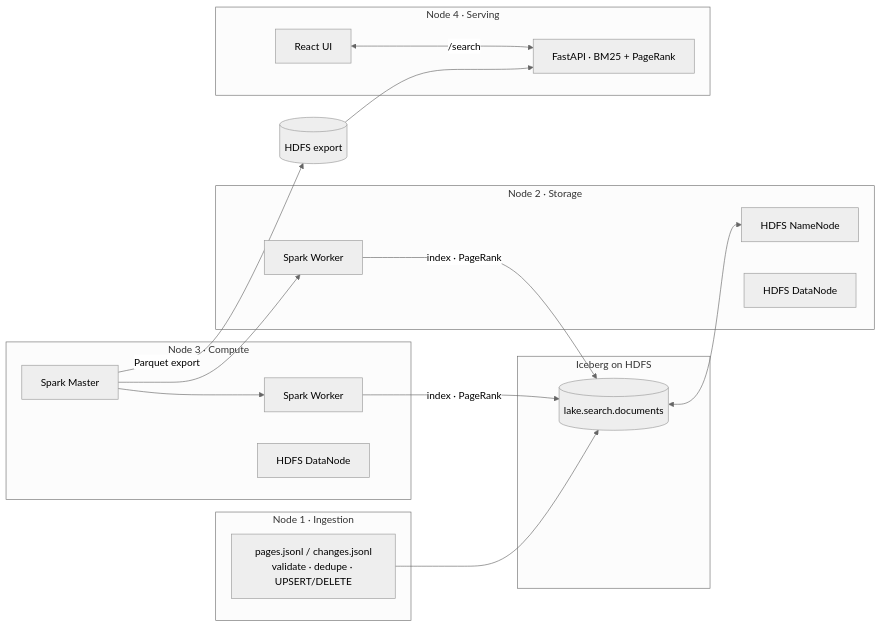
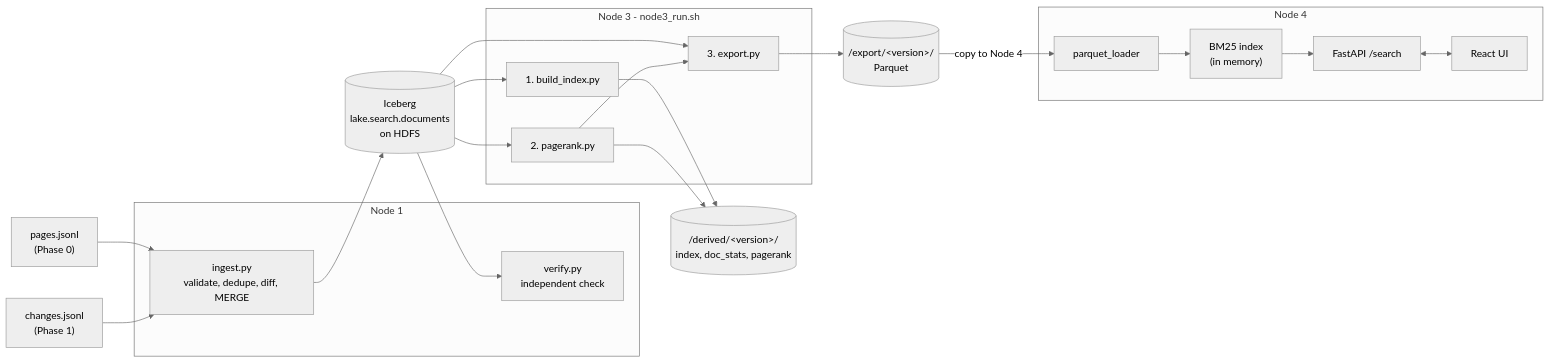
The diagram in README.md (krista9669/distributed-search-engine), drawn with Mermaid (neutral theme) before and after one commit. The commit also changed other lines of this file, not shown here.

````diff
--- a/README.md
+++ b/README.md
@@ -110,31 +91,29 @@
 ```mermaid
 flowchart LR
-    subgraph N1["Node 1 · Ingestion"]
-        IN["pages.jsonl / changes.jsonl<br/>validate · dedupe · UPSERT/DELETE"]
+    P0["pages.jsonl<br/>(Phase 0)"] --> ING
+    P1["changes.jsonl<br/>(Phase 1)"] --> ING
+    subgraph N1["Node 1"]
+        ING["ingest.py<br/>validate, dedupe, diff, MERGE"]
+        VER["verify.py<br/>independent check"]
     end
-    subgraph N2["Node 2 · Storage"]
-        NN["HDFS NameNode"]
-        DN2["HDFS DataNode"]
-        W2["Spark Worker"]
+    ING --> ICE[("Iceberg<br/>lake.search.documents<br/>on HDFS")]
+    ICE --> VER
+    subgraph N3["Node 3 - node3_run.sh"]
+        IDX["1. build_index.py"]
+        PR["2. pagerank.py"]
+        EXP["3. export.py"]
     end
-    subgraph N3["Node 3 · Compute"]
-        SM["Spark Master"]
-        W3["Spark Worker"]
-        DN3["HDFS DataNode"]
+    ICE --> IDX
+    ICE --> PR
+    ICE --> EXP
+    PR --> EXP
+    IDX --> D[("/derived/&lt;version&gt;/<br/>index, doc_stats, pagerank")]
+    PR --> D
+    EXP --> X[("/export/&lt;version&gt;/<br/>Parquet")]
+    X -- "copy to Node 4" --> LOAD
+    subgraph N4["Node 4"]
+        LOAD["parquet_loader"] --> BM["BM25 index<br/>(in memory)"]
+        BM --> API["FastAPI /search"]
+        API <--> UI["React UI"]
     end
-    subgraph LAKE["Iceberg on HDFS"]
-        ICE[("lake.search.documents")]
-    end
-    subgraph N4["Node 4 · Serving"]
-        API["FastAPI · BM25 + PageRank"]
-        UI["React UI"]
-    end
-
-    IN --> ICE
-    ICE <--> NN
-    SM --> W2 & W3
-    W2 & W3 -->|"index · PageRank"| ICE
-    SM -->|"Parquet export"| EXP[("HDFS export")]
-    EXP --> API
-    UI <-->|"/search"| API
 ```
````
